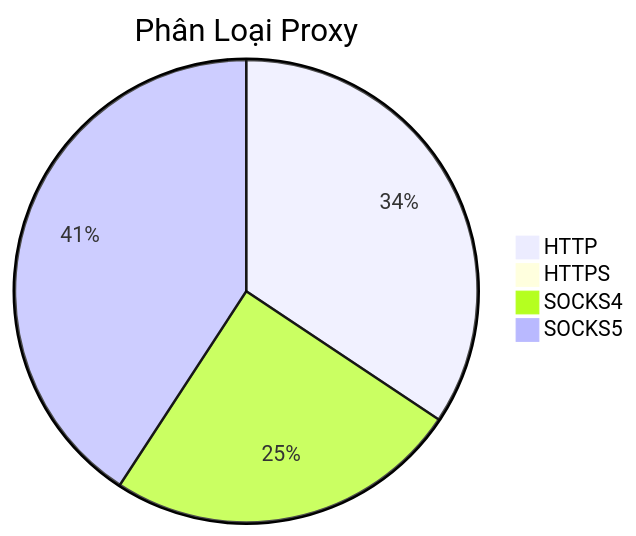
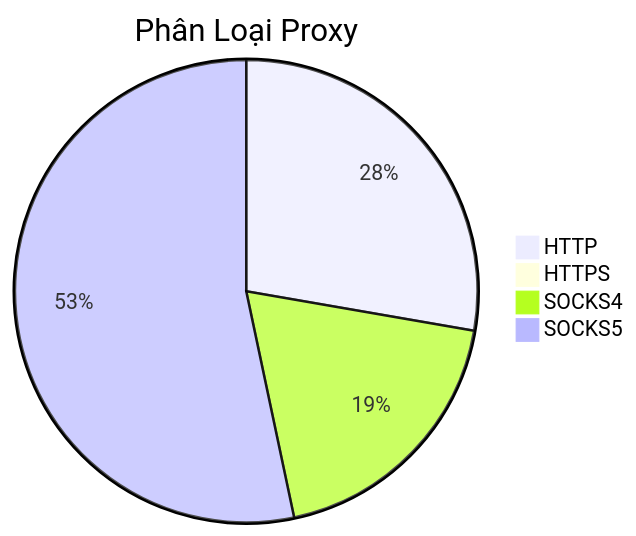
The diagram in README.md (Ciara-Aa/PROXY-free), drawn with Mermaid before and after one commit. The commit also changed other lines of this file and 4 other files, not shown here.

````diff
--- a/README.md
+++ b/README.md
@@ -26,7 +26,7 @@
 ```mermaid
 pie title Phân Loại Proxy
-    "HTTP" : 448
-    "HTTPS" : 2
-    "SOCKS4" : 324
-    "SOCKS5" : 532
+    "HTTP" : 505
+    "HTTPS" : 3
+    "SOCKS4" : 345
+    "SOCKS5" : 971
 ```
````
